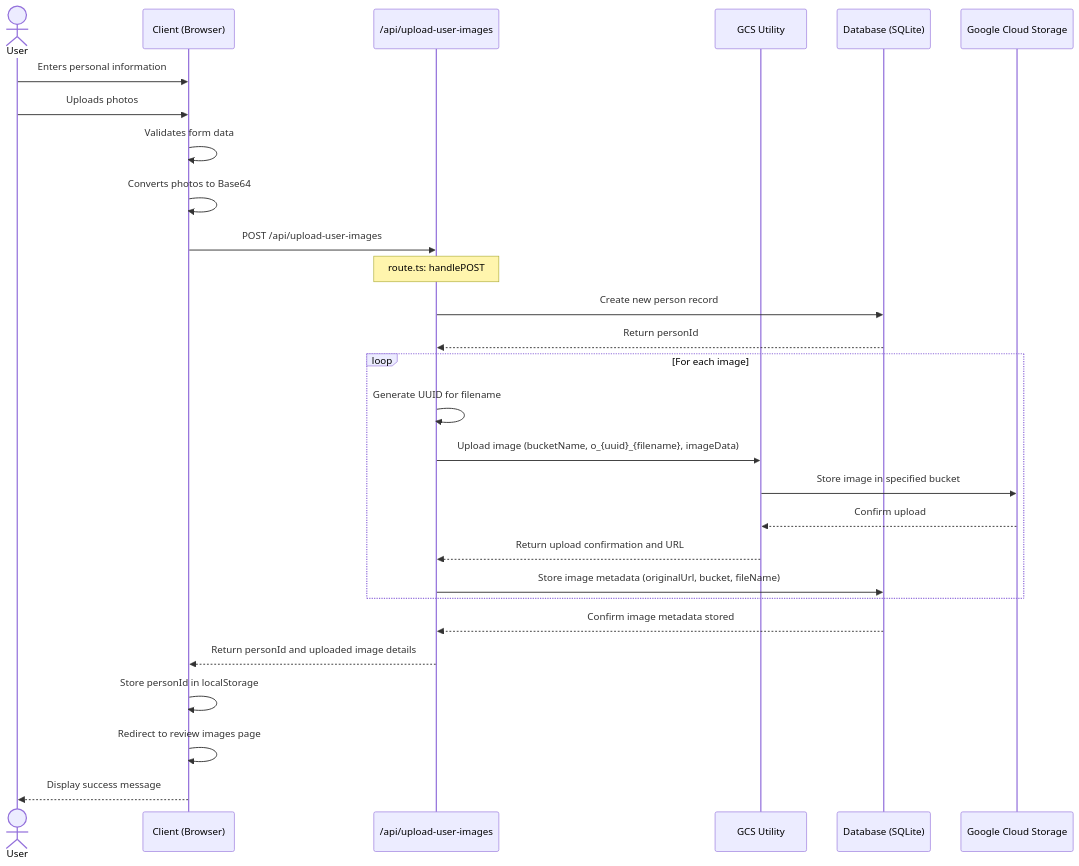
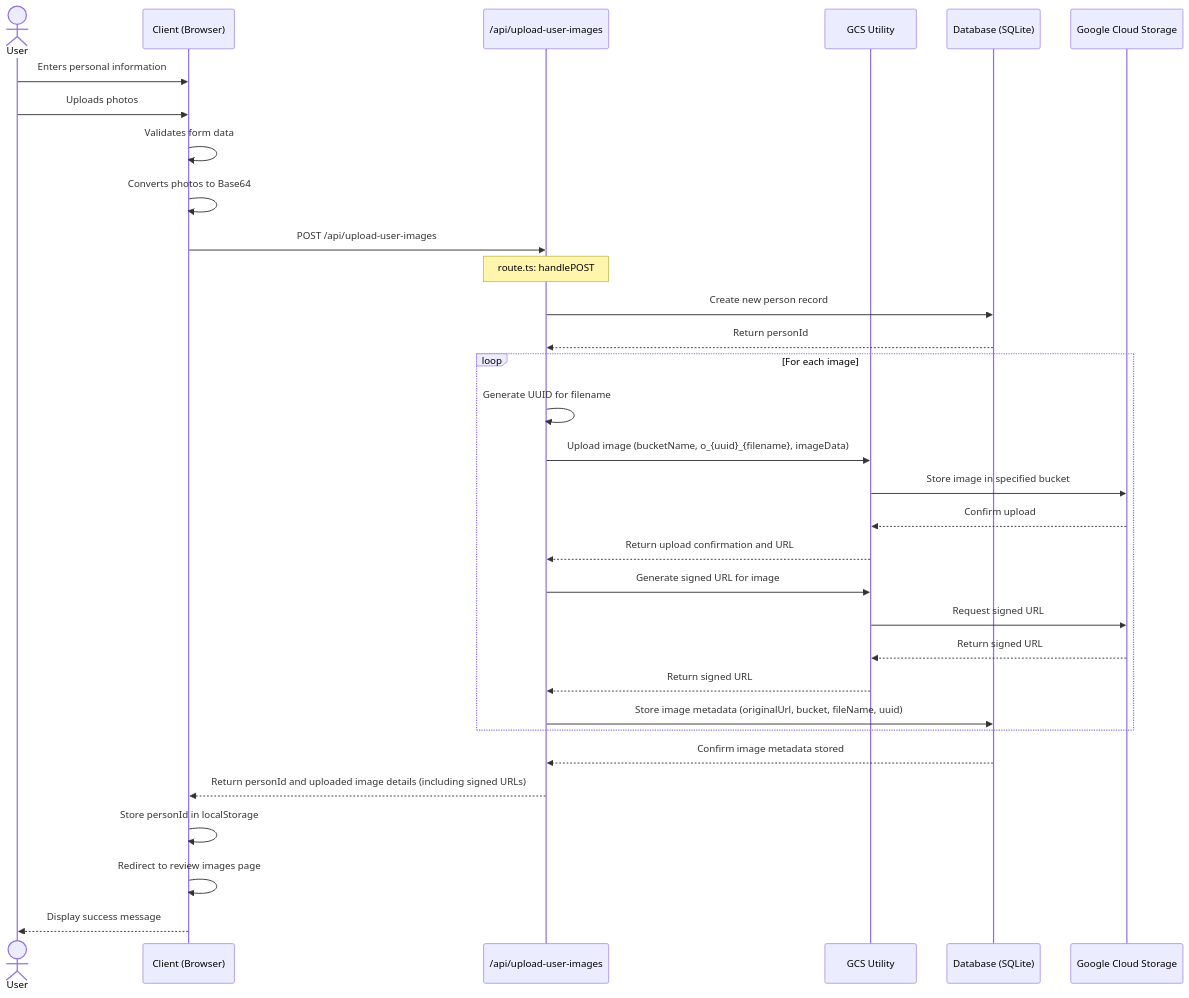
The diagram in _specs/person-setup/person-setup-sequence-diagram.md (misterfancysocks/img-model-training-experiment), drawn with Mermaid before and after one commit. The commit also changed other lines of this file and 8 other files, not shown here.

````diff
--- a/_specs/person-setup/person-setup-sequence-diagram.md
+++ b/_specs/person-setup/person-setup-sequence-diagram.md
@@ -3,31 +3,35 @@
 ```mermaid
 sequenceDiagram
     actor User
     participant Client as Client (Browser)
     participant UploadAPI as /api/upload-user-images
     participant GCSUtil as GCS Utility
     participant DB as Database (SQLite)
     participant GCS as Google Cloud Storage
 
     User->>Client: Enters personal information
     User->>Client: Uploads photos
     Client->>Client: Validates form data
     Client->>Client: Converts photos to Base64
     Client->>UploadAPI: POST /api/upload-user-images
     Note over UploadAPI: route.ts: handlePOST
     UploadAPI->>DB: Create new person record
     DB-->>UploadAPI: Return personId
     loop For each image
         UploadAPI->>UploadAPI: Generate UUID for filename
         UploadAPI->>GCSUtil: Upload image (bucketName, o_{uuid}_{filename}, imageData)
         GCSUtil->>GCS: Store image in specified bucket
         GCS-->>GCSUtil: Confirm upload
         GCSUtil-->>UploadAPI: Return upload confirmation and URL
-        UploadAPI->>DB: Store image metadata (originalUrl, bucket, fileName)
+        UploadAPI->>GCSUtil: Generate signed URL for image
+        GCSUtil->>GCS: Request signed URL
+        GCS-->>GCSUtil: Return signed URL
+        GCSUtil-->>UploadAPI: Return signed URL
+        UploadAPI->>DB: Store image metadata (originalUrl, bucket, fileName, uuid)
     end
     DB-->>UploadAPI: Confirm image metadata stored
-    UploadAPI-->>Client: Return personId and uploaded image details
+    UploadAPI-->>Client: Return personId and uploaded image details (including signed URLs)
     Client->>Client: Store personId in localStorage
     Client->>Client: Redirect to review images page
     Client-->>User: Display success message
 ```
````
